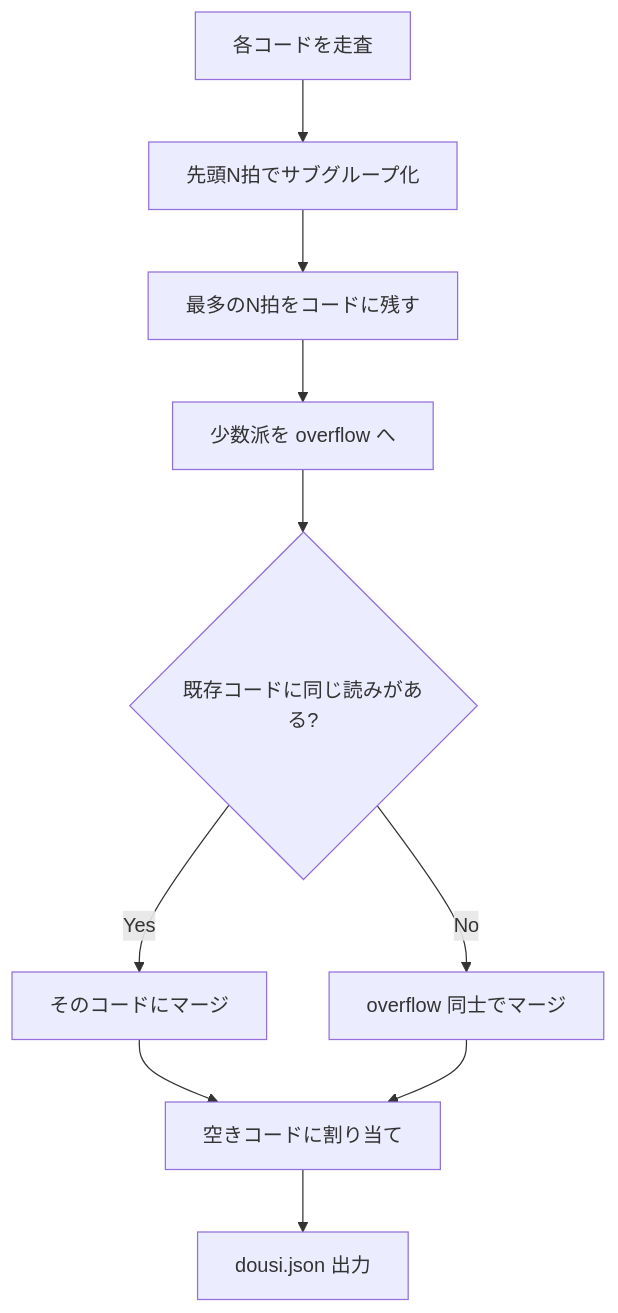
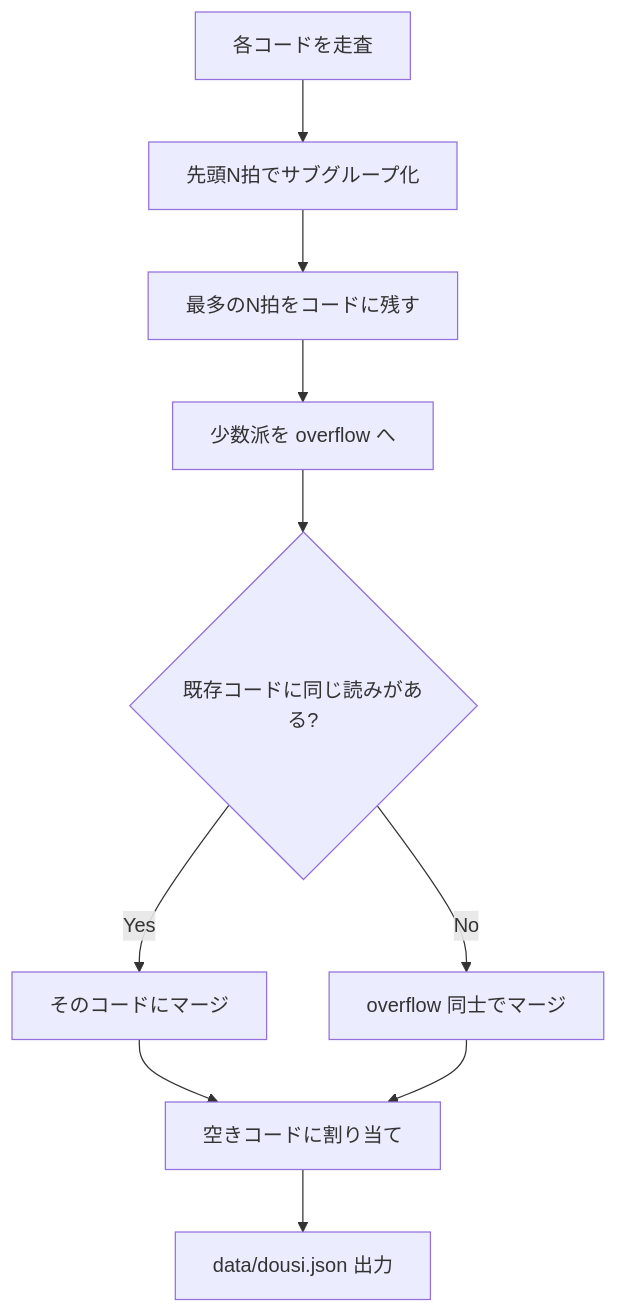
One commit to amanoese/yukichant changed the seventh of 11 diagrams in docs/dictionary-generation.md. Above: the diagram before and after it, drawn with Mermaid. The commit also changed other lines of this file and 9 other files, not shown here.

````diff
--- a/docs/dictionary-generation.md
+++ b/docs/dictionary-generation.md
@@ -305,12 +305,12 @@
 ```mermaid
 flowchart TD
     A[各コードを走査] --> B[先頭N拍でサブグループ化]
     B --> C[最多のN拍をコードに残す]
     C --> D[少数派を overflow へ]
     D --> E{既存コードに同じ読みがある?}
     E -->|Yes| F[そのコードにマージ]
     E -->|No| G[overflow 同士でマージ]
     F --> H[空きコードに割り当て]
     G --> H
-    H --> I[dousi.json 出力]
+    H --> I[data/dousi.json 出力]
 ```
````
